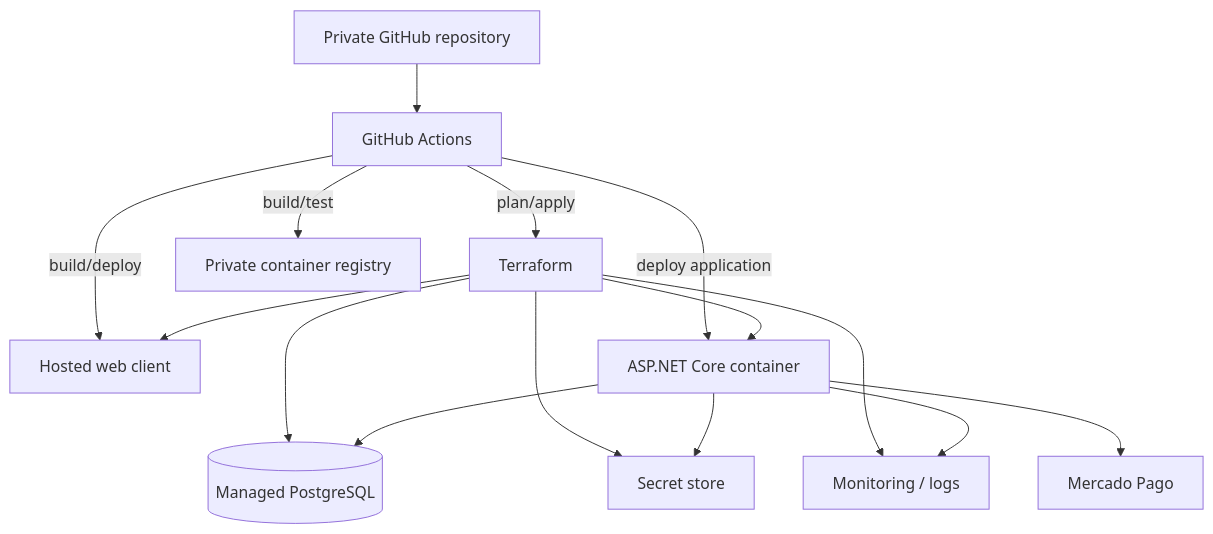
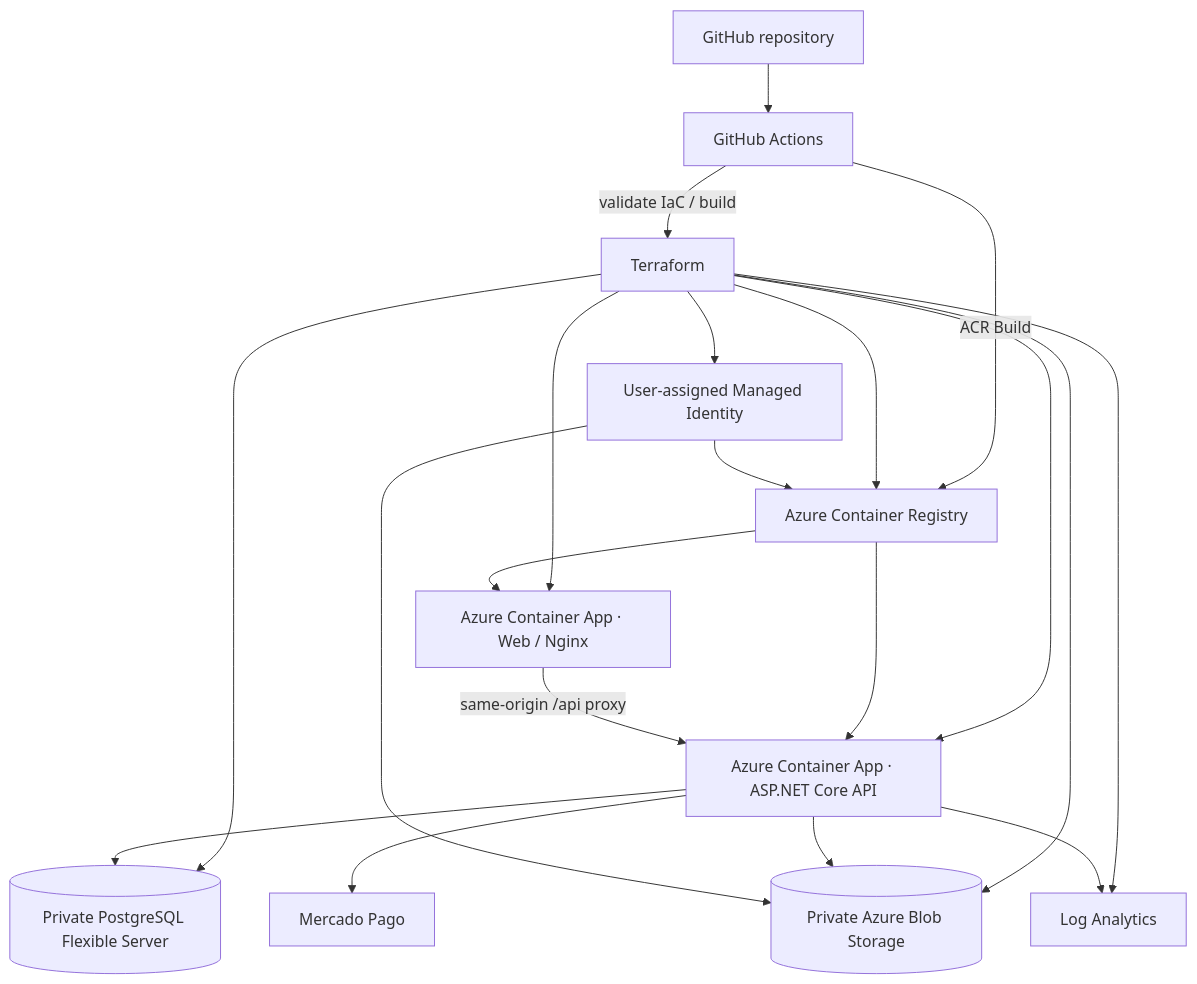
Before and after one commit to EnzoAA004/residential-amenities-platform: the diagram in docs/03-architecture/diagrams/deployment.md, drawn with Mermaid. The commit also changed other lines of this file and 24 other files, not shown here.

````diff
--- a/docs/03-architecture/diagrams/deployment.md
+++ b/docs/03-architecture/diagrams/deployment.md
@@ -5,28 +7,35 @@
 ```mermaid
 flowchart TB
-    GH[Private GitHub repository]
+    GH[GitHub repository]
     CI[GitHub Actions]
     TF[Terraform]
-    Registry[Private container registry]
-    Web[Hosted web client]
-    API[ASP.NET Core container]
-    DB[(Managed PostgreSQL)]
-    Secrets[Secret store]
-    Monitor[Monitoring / logs]
+    ACR[Azure Container Registry]
+    Web[Azure Container App · Web / Nginx]
+    API[Azure Container App · ASP.NET Core API]
+    PG[(Private PostgreSQL Flexible Server)]
+    Blob[(Private Azure Blob Storage)]
+    ID[User-assigned Managed Identity]
+    Logs[Log Analytics]
     MP[Mercado Pago]
 
     GH --> CI
-    CI -->|build/test| Registry
-    CI -->|deploy application| API
-    CI -->|build/deploy| Web
-    CI -->|plan/apply| TF
+    CI -->|validate IaC / build| TF
+    CI -->|ACR Build| ACR
+    TF --> ACR
     TF --> Web
     TF --> API
-    TF --> DB
-    TF --> Secrets
-    TF --> Monitor
-    API --> DB
-    API --> Secrets
-    API --> Monitor
+    TF --> PG
+    TF --> Blob
+    TF --> ID
+    TF --> Logs
+
+    ACR --> Web
+    ACR --> API
+    Web -->|same-origin /api proxy| API
+    API --> PG
+    API --> Blob
+    ID --> ACR
+    ID --> Blob
+    API --> Logs
     API --> MP
 ```
````
